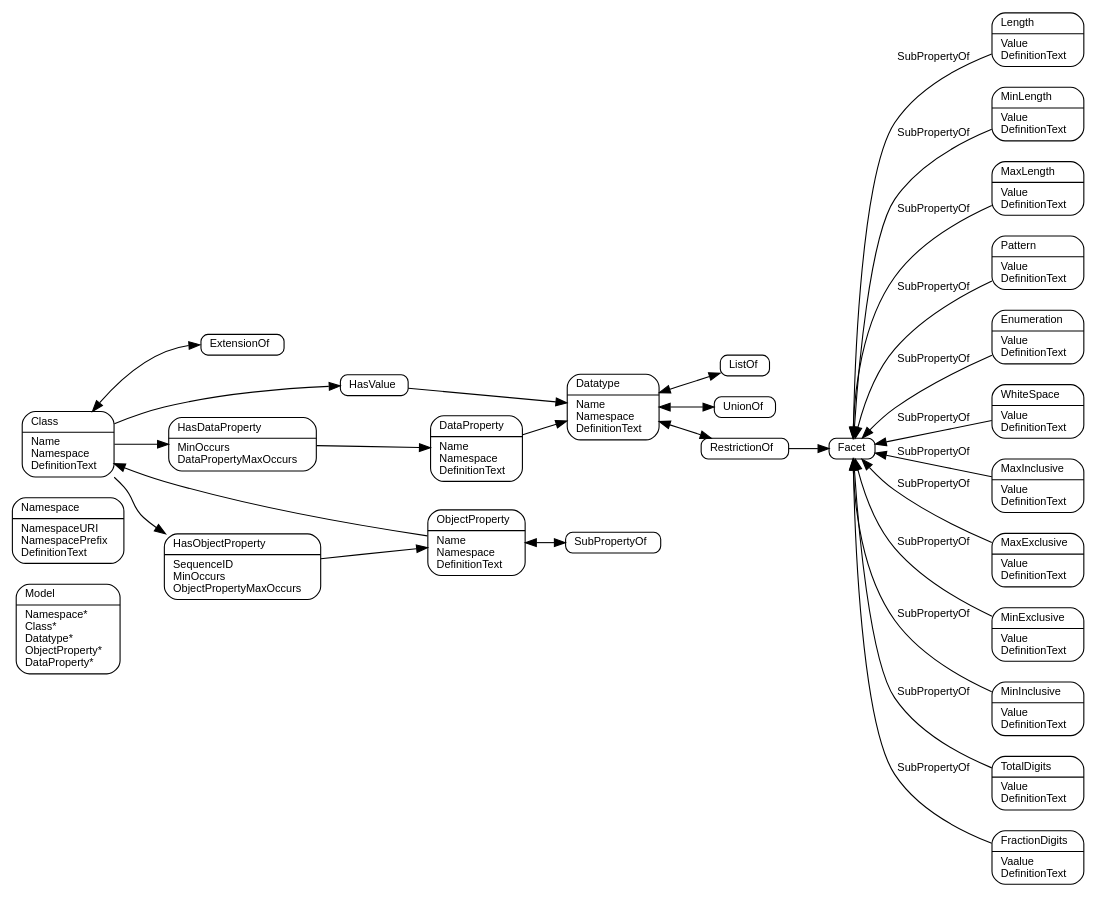
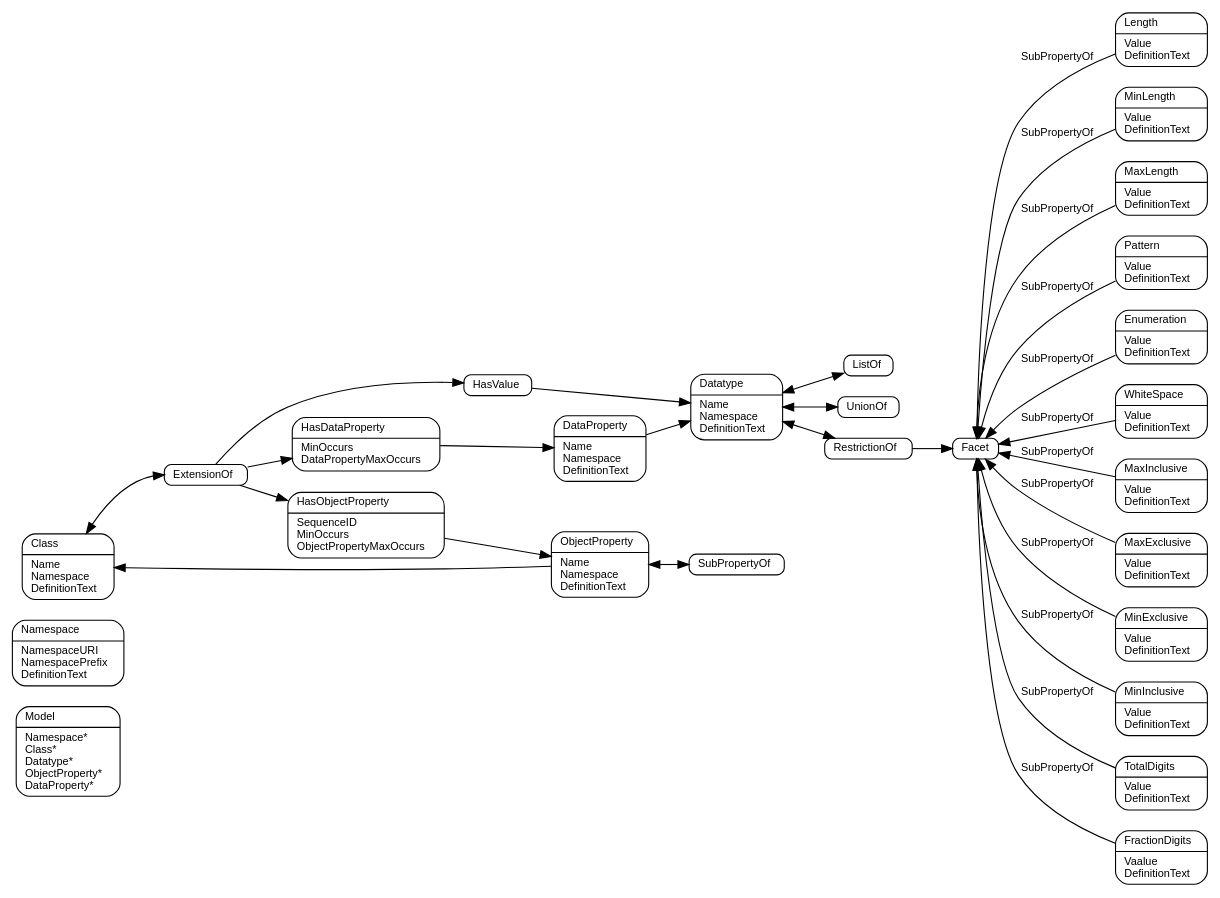
The diagram in metamodel.dot (webb/niem-metamodel), drawn with Graphviz before and after one commit.

Commit message:
Diagram look spretty good.

```diff
--- a/metamodel.dot
+++ b/metamodel.dot
@@ -1,66 +1,64 @@
 digraph G {
   edge [fontname = "Helvetica", fontsize = 10, dir = forward];
   node [fontname = "Helvetica", fontsize = 10, width = 0, height = 0];
   rankdir = LR;
 
   node [shape=Mrecord];
   
   Model [label="\N\l|Namespace*\lClass*\lDatatype*\lObjectProperty*\lDataProperty*\l"];
 
   Namespace [label="\N\l|NamespaceURI\lNamespacePrefix\lDefinitionText\l"];
 
   Class [label="\N\l|Name\lNamespace\lDefinitionText\l"];
+  Class -> ExtensionOf:w [dir=both];
   ExtensionOf [label="\N\l"];
-  Class -> ExtensionOf:w [dir=both];
-  Class -> HasDataProperty;
-  Class -> HasObjectProperty;
-  Class -> HasValue;
+  ExtensionOf -> { HasDataProperty HasObjectProperty HasValue};
   
   HasObjectProperty [label="\N\l|SequenceID\lMinOccurs\lObjectPropertyMaxOccurs\l"];
   HasObjectProperty -> ObjectProperty;
 
   ObjectProperty [label="\N\l|Name\lNamespace\lDefinitionText\l"];
   ObjectProperty -> Class;
   ObjectProperty -> SubPropertyOf [dir=both];
 
   SubPropertyOf [label="\N\l"];
 
   HasDataProperty [label="\N\l|MinOccurs\lDataPropertyMaxOccurs\l"];
   HasDataProperty -> DataProperty;
 
   DataProperty [label="\N\l|Name\lNamespace\lDefinitionText\l"];
   
   DataProperty -> Datatype;
   
   Datatype [label="\N\l|Name\lNamespace\lDefinitionText\l"];
   Datatype -> ListOf [dir=both];
   Datatype -> UnionOf [dir=both];
   Datatype -> RestrictionOf [dir=both];
 
   HasValue [label="\N\l"];
   HasValue -> Datatype;
 
   ListOf [label="\N\l"];
   UnionOf [label="\N\l"];
 
   RestrictionOf [label="\N\l"];
   RestrictionOf -> Facet;
 
   // facets
   Facet [label="\N\l"];
   Length [label="\N\l|Value\lDefinitionText\l"];
   MinLength [label="\N\l|Value\lDefinitionText\l"];
   MaxLength [label="\N\l|Value\lDefinitionText\l"];
   Pattern [label="\N\l|Value\lDefinitionText\l"];
   Enumeration [label="\N\l|Value\lDefinitionText\l"];
   WhiteSpace [label="\N\l|Value\lDefinitionText\l"];
   MaxInclusive [label="\N\l|Value\lDefinitionText\l"];
   MaxExclusive [label="\N\l|Value\lDefinitionText\l"];
   MinExclusive [label="\N\l|Value\lDefinitionText\l"];
   MinInclusive [label="\N\l|Value\lDefinitionText\l"];
   TotalDigits [label="\N\l|Value\lDefinitionText\l"];
   FractionDigits [label="\N\l|Vaalue\lDefinitionText\l"];
 
   edge [dir=back, label="SubPropertyOf"];
   Facet -> { Length MinLength MaxLength Pattern Enumeration WhiteSpace MaxInclusive MaxExclusive MinExclusive MinInclusive TotalDigits FractionDigits }
 }
```
